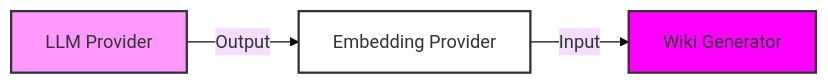
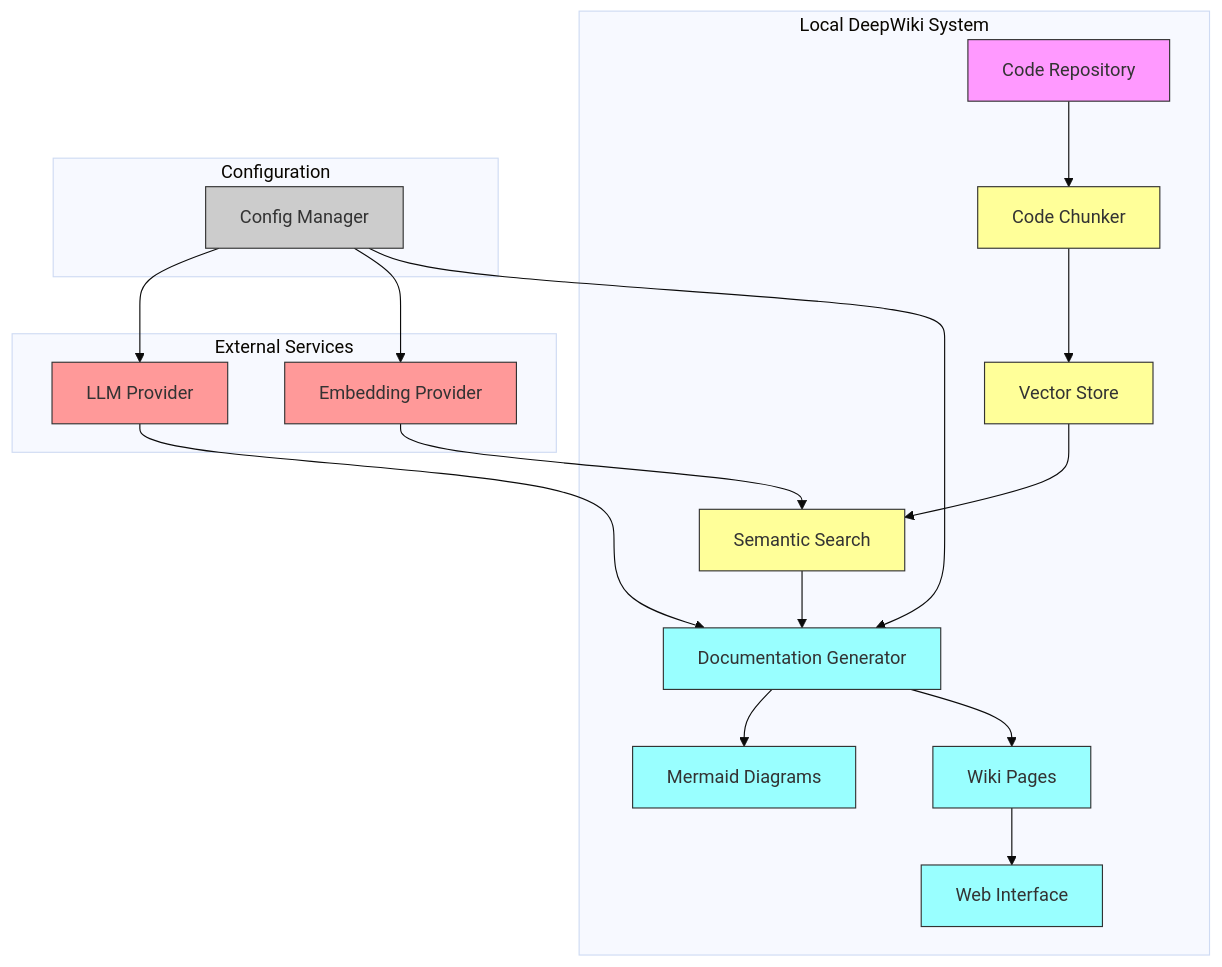
Before and after one commit to UrbanDiver/local-deepwiki-mcp: the second of 2 diagrams in .deepwiki/architecture.md, drawn with Mermaid (base theme). The commit also changed other lines of this file and 27 other files, not shown here.

````diff
--- a/.deepwiki/architecture.md
+++ b/.deepwiki/architecture.md
@@ -81,9 +73,35 @@
 ```mermaid
-graph LR
-    LLM[LLM Provider] -->|Output| Embedding[Embedding Provider]
-    Embedding -->|Input| Wiki[Wiki Generator]
+graph TD
+    subgraph "Local DeepWiki System"
+        A[Code Repository] --> B[Code Chunker]
+        B --> C[Vector Store]
+        C --> D[Semantic Search]
+        D --> E[Documentation Generator]
+        E --> F[Mermaid Diagrams]
+        E --> G[Wiki Pages]
+        G --> H[Web Interface]
+    end
 
-    style LLM fill:#f9f,stroke:#333,stroke-width:2px
-    style Embedding fill:#fff,stroke:#333,stroke-width:2px
-    style Wiki fill:#f0f,stroke:#333,stroke-width:2px
+    subgraph "External Services"
+        I[LLM Provider] --> E
+        J[Embedding Provider] --> D
+    end
+
+    subgraph "Configuration"
+        K[Config Manager] --> I
+        K --> J
+        K --> E
+    end
+
+    style A fill:#f9f,stroke:#333
+    style B fill:#ff9,stroke:#333
+    style C fill:#ff9,stroke:#333
+    style D fill:#ff9,stroke:#333
+    style E fill:#9ff,stroke:#333
+    style F fill:#9ff,stroke:#333
+    style G fill:#9ff,stroke:#333
+    style H fill:#9ff,stroke:#333
+    style I fill:#f99,stroke:#333
+    style J fill:#f99,stroke:#333
+    style K fill:#ccc,stroke:#333
 ```
````
